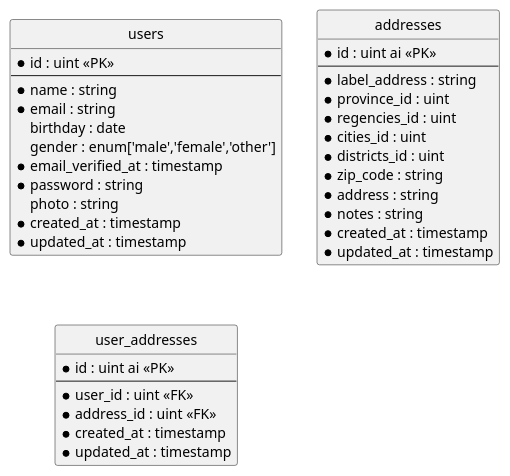
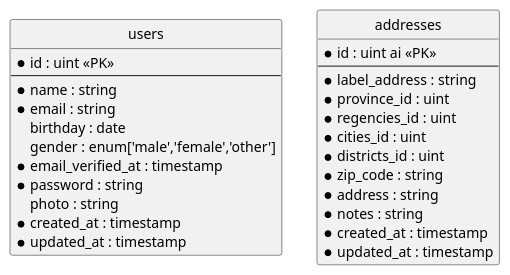
The diagram in tokommerce.puml (yakserr/tokommerce), drawn with PlantUML before and after one commit. The commit also changed 27 other files, not shown here.

Commit message:
user setting and address

```diff
--- a/tokommerce.puml
+++ b/tokommerce.puml
@@ -1,47 +1,38 @@
 @startuml
 
 ' hide the spot
 hide circle
 
 ' avoid problems with angled crows feet
 skinparam linetype ortho
 
 entity users {
     *id : uint <<PK>>
     --
     *name : string
     *email : string
     birthday : date
     gender : enum['male','female','other']
     *email_verified_at : timestamp
     *password : string
     photo : string
     *created_at : timestamp
     *updated_at : timestamp
 }
 
 entity addresses {
     *id : uint ai <<PK>>
     --
     *label_address : string
     *province_id : uint
     *regencies_id : uint
     *cities_id : uint
     *districts_id : uint
     *zip_code : string
     *address : string
     *notes : string
     *created_at : timestamp
     *updated_at : timestamp
 }
 
-entity user_addresses {
-    *id : uint ai <<PK>>
-    --
-    *user_id : uint <<FK>>
-    *address_id : uint <<FK>>
-    *created_at : timestamp
-    *updated_at : timestamp
-}
-
 @enduml
```
